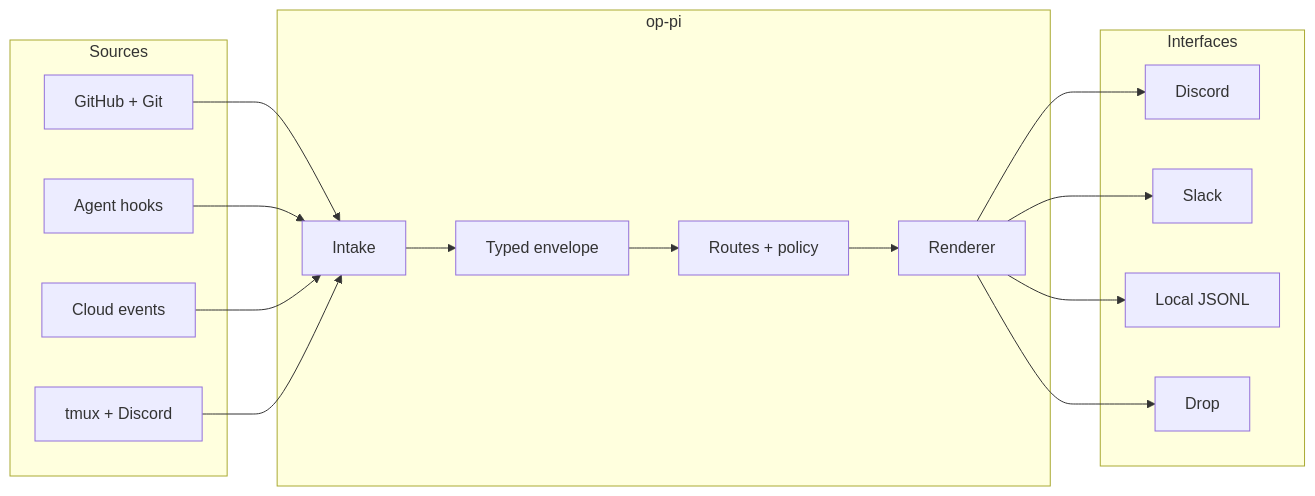
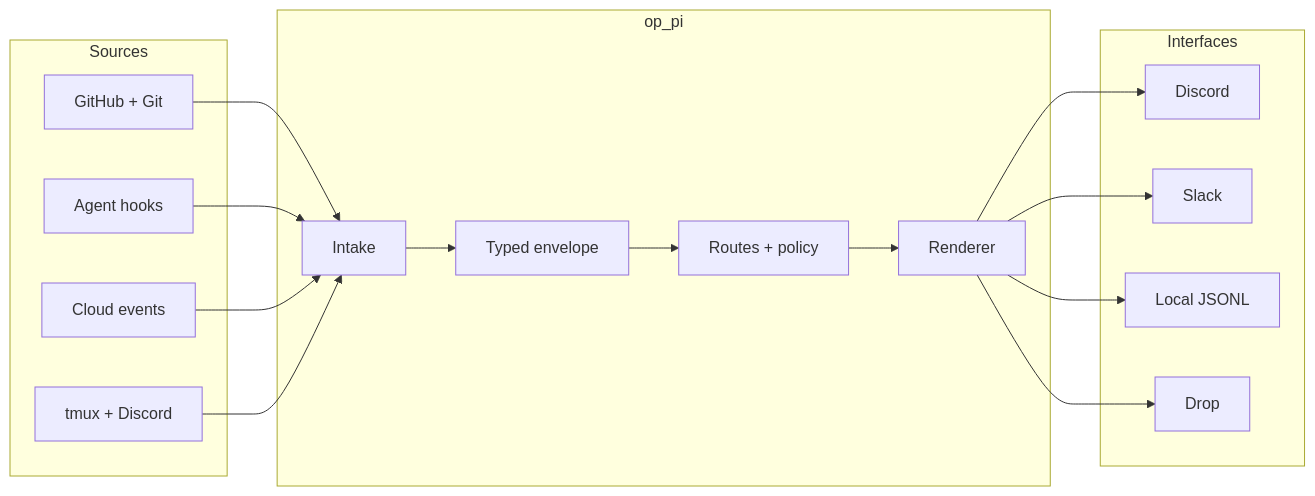
Before and after one commit to IYENTeam/clawhip: the diagram in README.md, drawn with Mermaid. The commit also changed other lines of this file and 87 other files, not shown here.

````diff
--- a/README.md
+++ b/README.md
@@ -126,33 +120,33 @@
 ```mermaid
 flowchart LR
     subgraph Sources
         GH[GitHub + Git]
         AG[Agent hooks]
         CL[Cloud events]
         TM[tmux + Discord]
     end
 
-    subgraph op-pi
+    subgraph op_pi
         IN[Intake]
         EN[Typed envelope]
         RT[Routes + policy]
         RD[Renderer]
         IN --> EN --> RT --> RD
     end
 
     subgraph Interfaces
         DC[Discord]
         SL[Slack]
         LF[Local JSONL]
         DR[Drop]
     end
 
     GH --> IN
     AG --> IN
     CL --> IN
     TM --> IN
     RD --> DC
     RD --> SL
     RD --> LF
     RD --> DR
 ```
````
